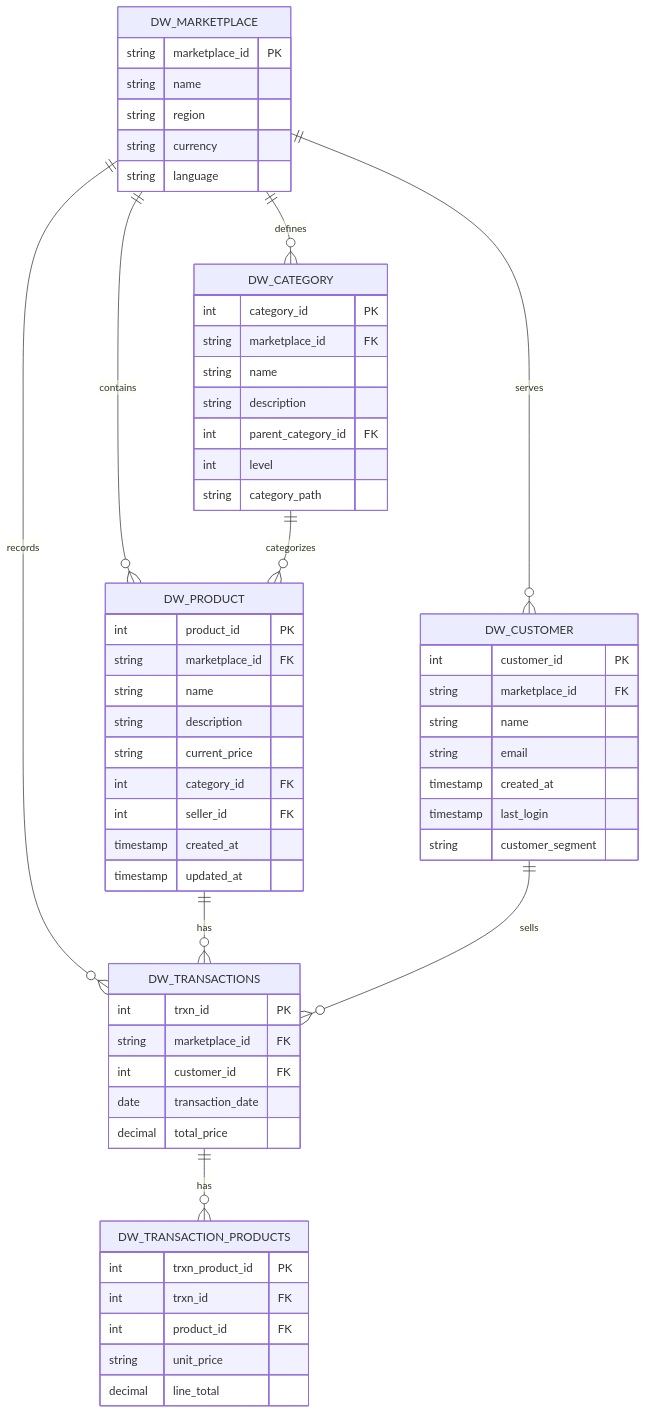
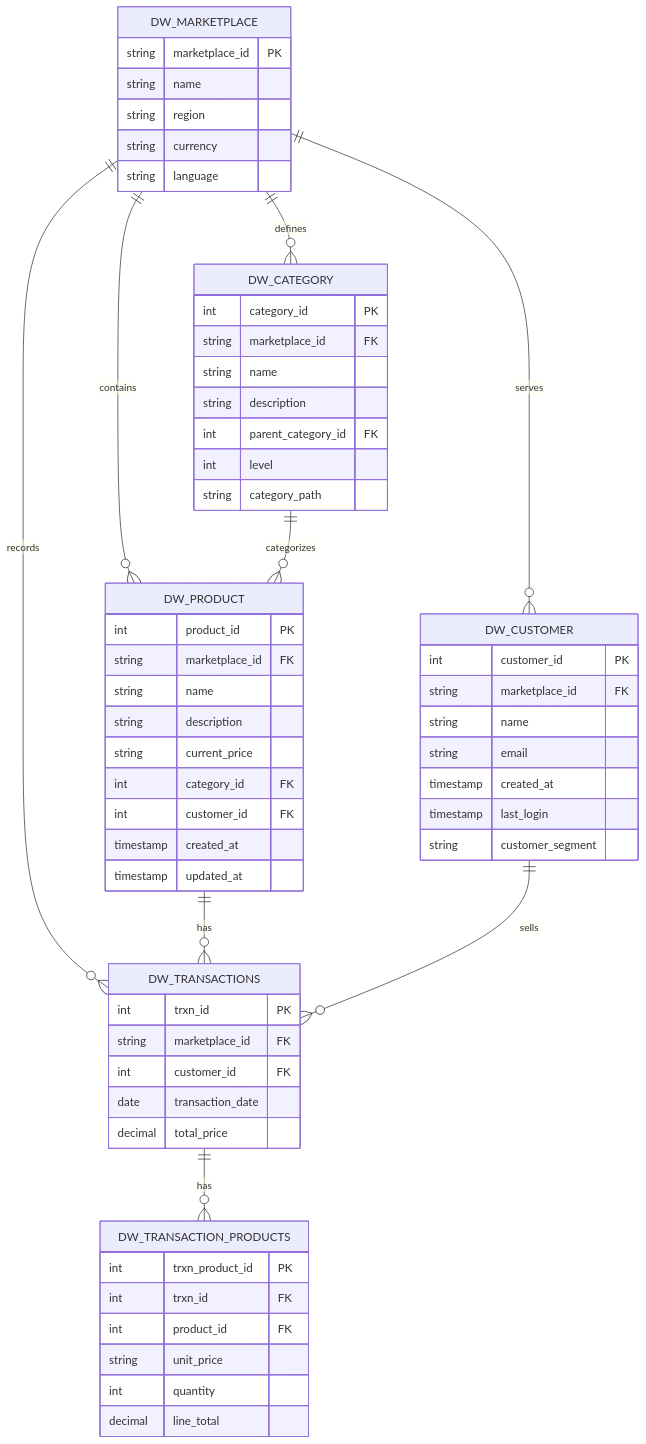
Before and after one commit to NitishShandilya/SalesPrediction: the fifth of 12 diagrams in README.md, drawn with Mermaid.

````diff
--- a/README.md
+++ b/README.md
@@ -290,68 +290,69 @@
 ```mermaid
 erDiagram
     DW_MARKETPLACE {
         string marketplace_id PK
         string name
         string region
         string currency
         string language
     }
     
     DW_PRODUCT {
         int product_id PK
         string marketplace_id FK
         string name
         string description
         string current_price
         int category_id FK
-        int seller_id FK
+        int customer_id FK
         timestamp created_at
         timestamp updated_at
     }
     
     DW_CATEGORY {
         int category_id PK
         string marketplace_id FK
         string name
         string description
         int parent_category_id FK
         int level
         string category_path
     }
     
     DW_CUSTOMER {
         int customer_id PK
         string marketplace_id FK
         string name
         string email
         timestamp created_at
         timestamp last_login
         string customer_segment
     }
     
     DW_TRANSACTIONS {
         int trxn_id PK
         string marketplace_id FK
         int customer_id FK
         date transaction_date
         decimal total_price
     }
 
     DW_TRANSACTION_PRODUCTS {
        int trxn_product_id PK
        int trxn_id FK
        int product_id FK
        string unit_price
+       int quantity
        decimal line_total
     }
     
     DW_MARKETPLACE ||--o{ DW_PRODUCT : contains
     DW_MARKETPLACE ||--o{ DW_CATEGORY : defines
     DW_MARKETPLACE ||--o{ DW_CUSTOMER : serves
     DW_MARKETPLACE ||--o{ DW_TRANSACTIONS : records
     
     DW_PRODUCT ||--o{ DW_TRANSACTIONS : has
     DW_TRANSACTIONS ||--o{ DW_TRANSACTION_PRODUCTS : has
     DW_CUSTOMER ||--o{ DW_TRANSACTIONS : sells
     DW_CATEGORY ||--o{ DW_PRODUCT : categorizes
 ```
````
